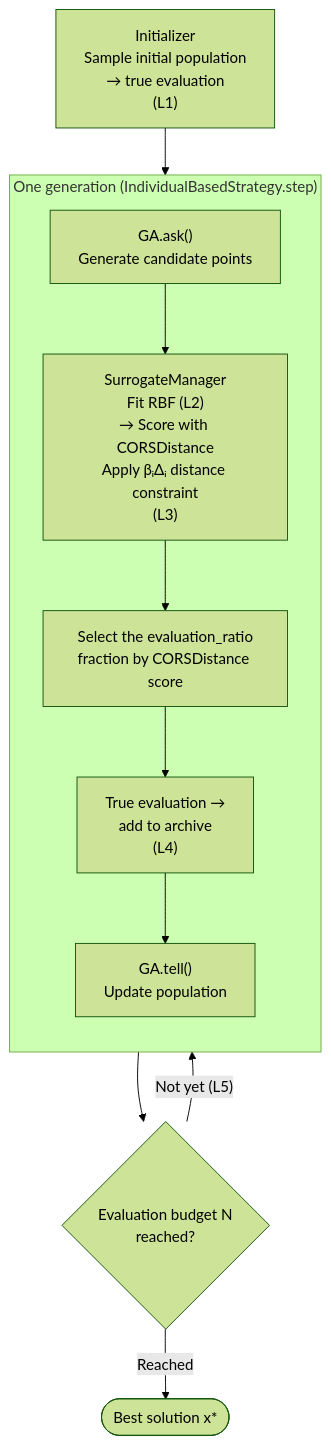
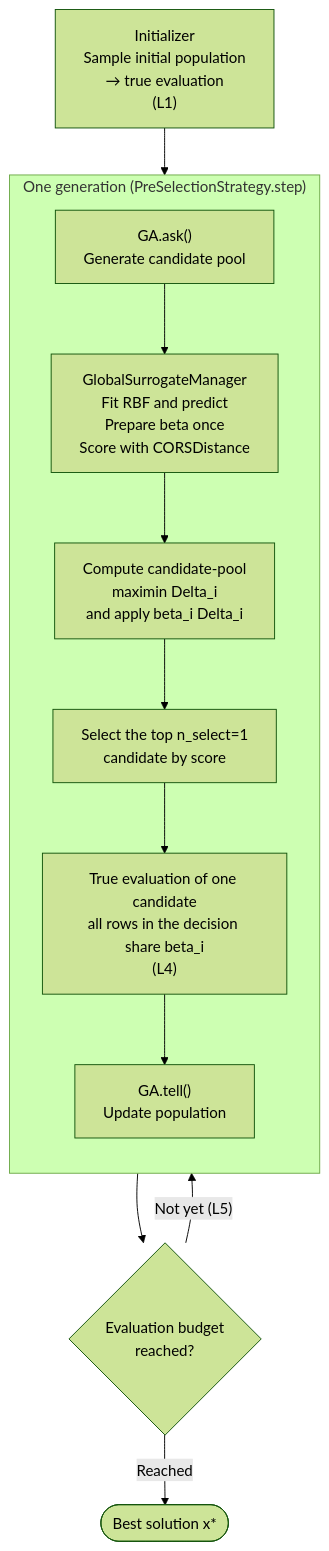
One commit to shlka/saealib changed the diagram in docs/algorithms/rbf_cors.md. Above: the diagram before and after it, drawn with Mermaid (forest theme). The commit also changed other lines of this file and 16 other files, not shown here.

Commit message:
fix: [#238] make CORS source-faithful at one-evaluation-per-decision and warn on non-sequential configs

````diff
--- a/docs/algorithms/rbf_cors.md
+++ b/docs/algorithms/rbf_cors.md
@@ -43,14 +145,15 @@
 ```{mermaid}
 flowchart TD
     INIT["Initializer<br/>Sample initial population<br/>→ true evaluation<br/>(L1)"] --> ASK
-    subgraph GEN["One generation (IndividualBasedStrategy.step)"]
+    subgraph GEN["One generation (PreSelectionStrategy.step)"]
         direction TB
-        ASK["GA.ask()<br/>Generate candidate points"] --> SCORE["SurrogateManager<br/>Fit RBF (L2)<br/>→ Score with CORSDistance<br/>Apply βᵢΔᵢ distance constraint<br/>(L3)"]
-        SCORE --> SORT["Select the evaluation_ratio<br/>fraction by CORSDistance score"]
-        SORT --> EVAL["True evaluation →<br/>add to archive<br/>(L4)"]
+        ASK["GA.ask()<br/>Generate candidate pool"] --> SCORE["GlobalSurrogateManager<br/>Fit RBF and predict<br/>Prepare beta once<br/>Score with CORSDistance"]
+        SCORE --> DIST["Compute candidate-pool<br/>maximin Delta_i<br/>and apply beta_i Delta_i"]
+        DIST --> SORT["Select the top n_select=1<br/>candidate by score"]
+        SORT --> EVAL["True evaluation of one candidate<br/>all rows in the decision share beta_i<br/>(L4)"]
         EVAL --> TELL["GA.tell()<br/>Update population"]
     end
-    GEN --> TERM{"Evaluation budget N<br/>reached?"}
+    GEN --> TERM{"Evaluation budget<br/>reached?"}
     TERM -- "Not yet (L5)" --> ASK
     TERM -- "Reached" --> RESULT(["Best solution x*"])
 ```
````
